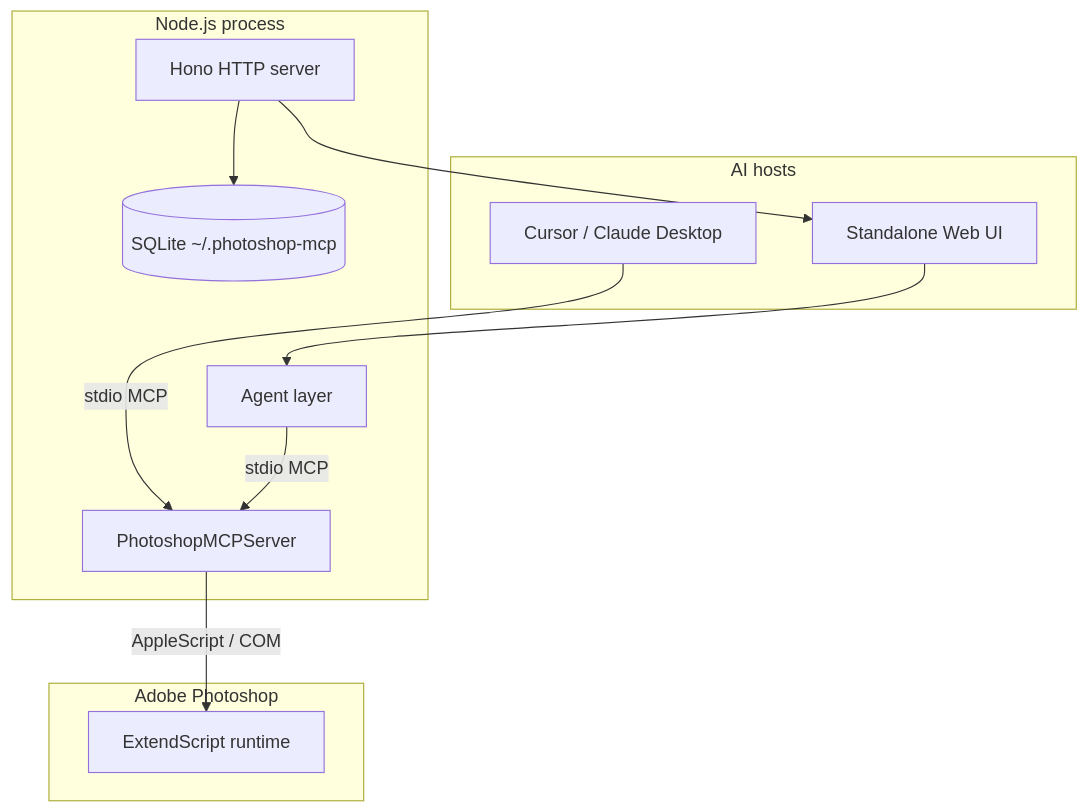
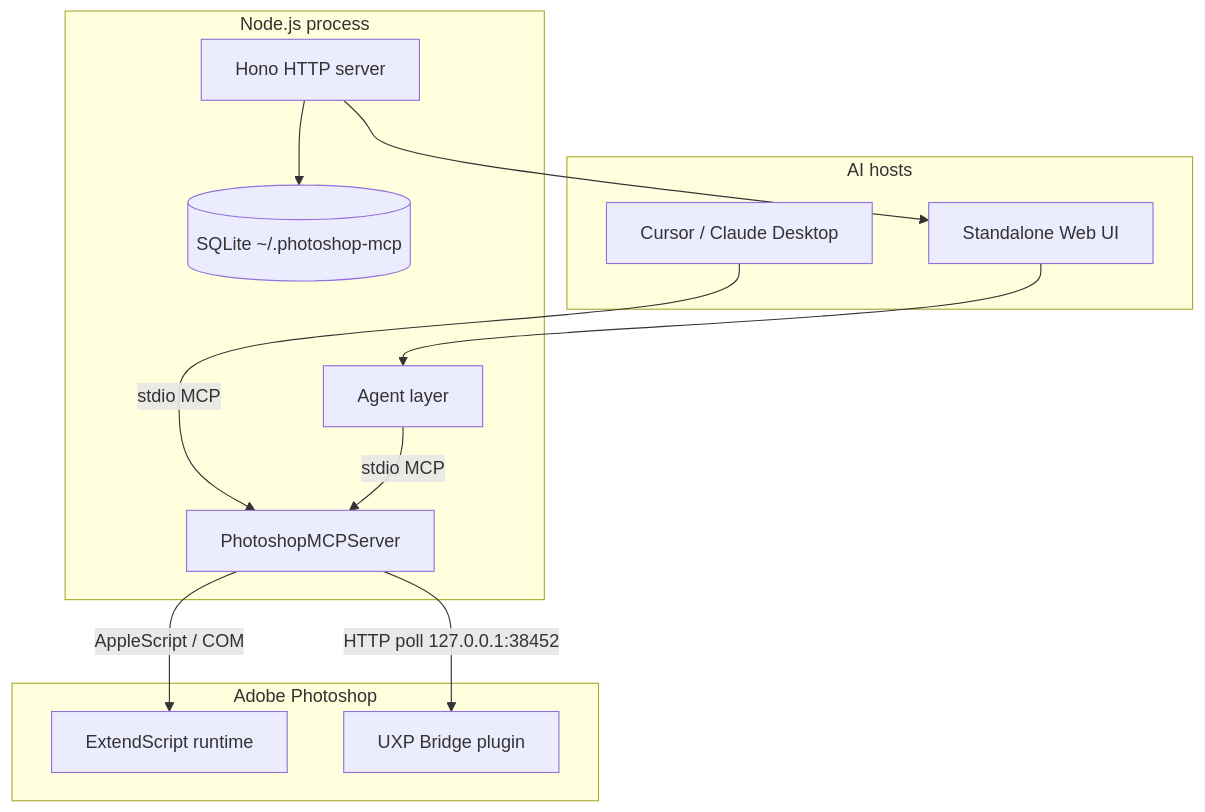
One commit to zohartito/photoshop-mcp changed the diagram in docs/architecture.md. Above: the diagram before and after it, drawn with Mermaid. The commit also changed other lines of this file and 37 other files, not shown here.

````diff
--- a/docs/architecture.md
+++ b/docs/architecture.md
@@ -15,25 +15,27 @@
 ```mermaid
 flowchart TB
   subgraph hosts [AI hosts]
     IDE[Cursor / Claude Desktop]
     UI[Standalone Web UI]
   end
 
   subgraph node [Node.js process]
     MCP[PhotoshopMCPServer]
     Hono[Hono HTTP server]
     Agent[Agent layer]
     SQLite[(SQLite ~/.photoshop-mcp)]
   end
 
   subgraph ps [Adobe Photoshop]
     ES[ExtendScript runtime]
+    UXP[UXP Bridge plugin]
   end
 
   IDE -->|stdio MCP| MCP
   UI --> Agent
   Agent -->|stdio MCP| MCP
   Hono --> UI
   Hono --> SQLite
   MCP -->|AppleScript / COM| ES
+  MCP -->|HTTP poll 127.0.0.1:38452| UXP
 ```
````
